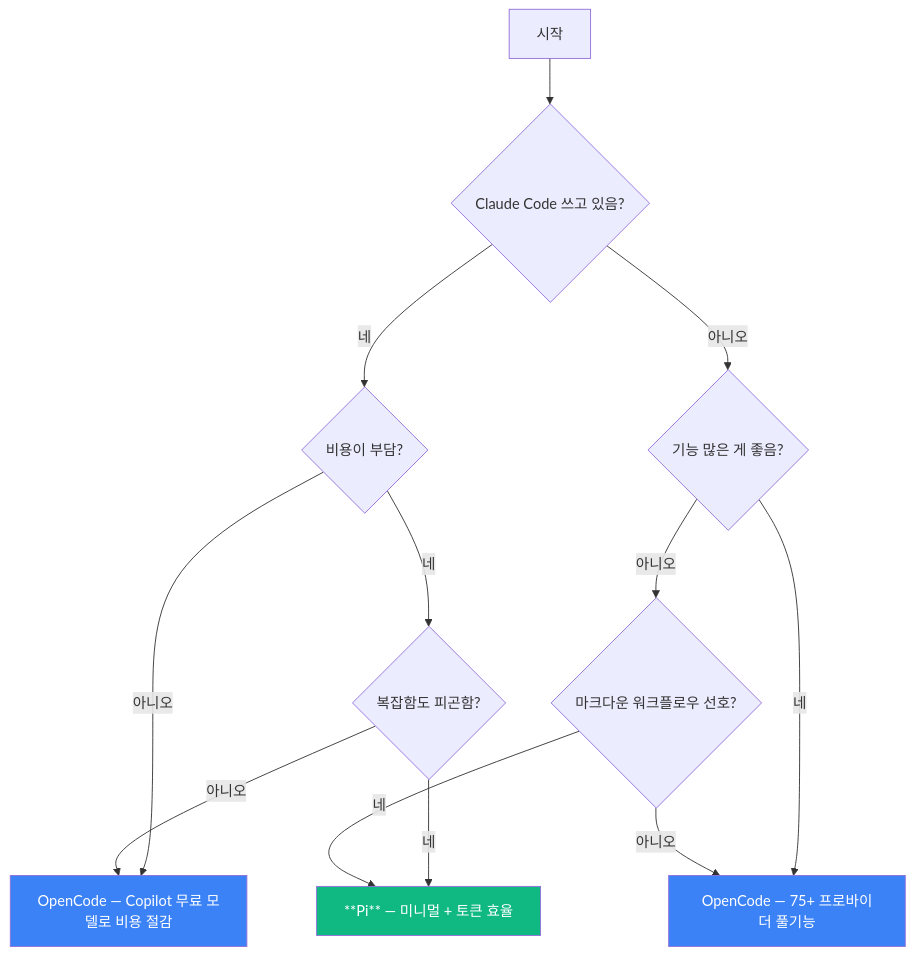
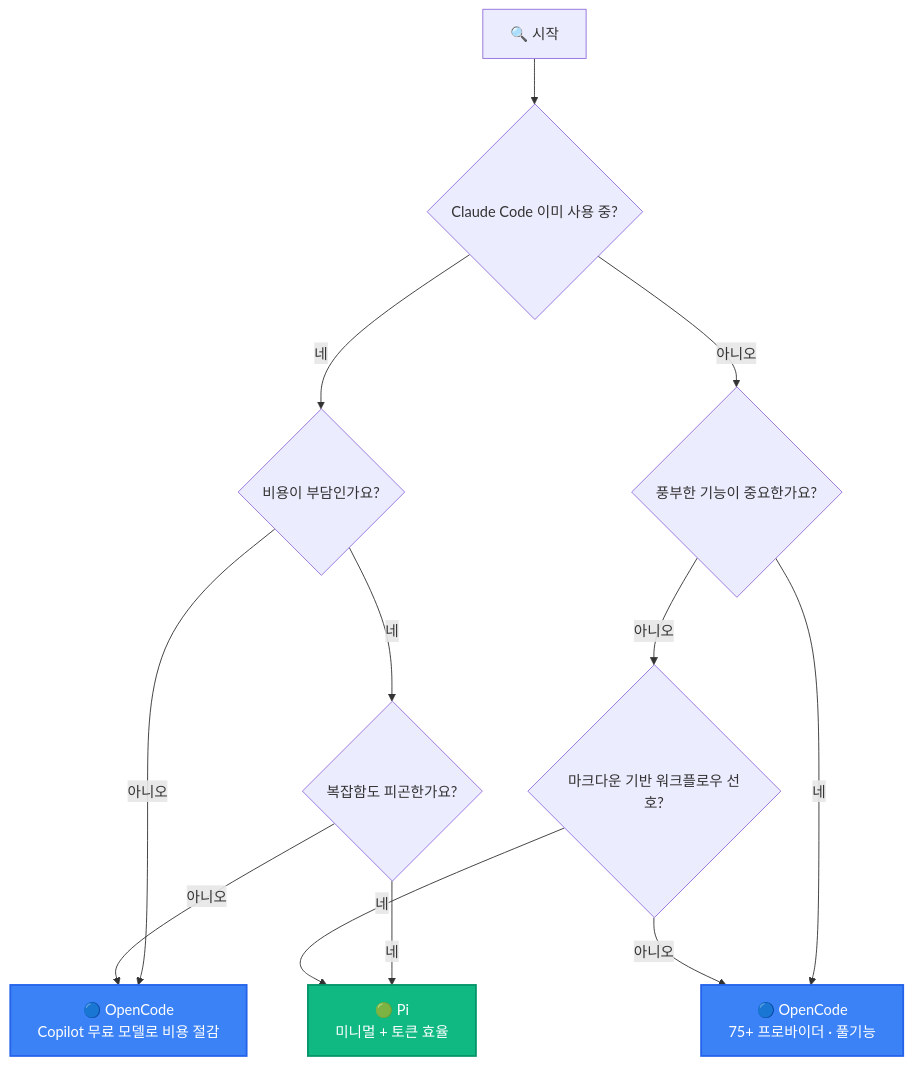
Before and after one commit to kji6252/kji6252.github.io: the diagram in _posts/2026-05-08-ai-coding-agents-comparison.md, drawn with Mermaid. The commit also changed 3 other files, not shown here.

First line of the commit message:
🔧 비디오 텍스트 가독성 개선 + Mermaid 플로우차트 보강

````diff
--- a/_posts/2026-05-08-ai-coding-agents-comparison.md
+++ b/_posts/2026-05-08-ai-coding-agents-comparison.md
@@ -87,17 +87,17 @@
 ```mermaid
 graph TD
-    A[시작] --> B{Claude Code 쓰고 있음?}
-    B -->|네| C{비용이 부담?}
-    B -->|아니오| D{기능 많은 게 좋음?}
-    C -->|네| E{복잡함도 피곤함?}
-    C -->|아니오| F[OpenCode — Copilot 무료 모델로 비용 절감]
-    E -->|네| G[**Pi** — 미니멀 + 토큰 효율]
-    E -->|아니오| F
-    D -->|네| H[OpenCode — 75+ 프로바이더 풀기능]
-    D -->|아니오| I{마크다운 워크플로우 선호?}
-    I -->|네| G
-    I -->|아니오| H
-    style G fill:#10b981,color:#fff
-    style F fill:#3b82f6,color:#fff
-    style H fill:#3b82f6,color:#fff
+    A["🔍 시작"] --> B{"Claude Code 이미 사용 중?"}
+    B -->|"네"| C{"비용이 부담인가요?"}
+    B -->|"아니오"| D{"풍부한 기능이 중요한가요?"}
+    C -->|"네"| E{"복잡함도 피곤한가요?"}
+    C -->|"아니오"| F["🔵 OpenCode<br/>Copilot 무료 모델로 비용 절감"]
+    E -->|"네"| G["🟢 Pi<br/>미니멀 + 토큰 효율"]
+    E -->|"아니오"| F
+    D -->|"네"| H["🔵 OpenCode<br/>75+ 프로바이더 · 풀기능"]
+    D -->|"아니오"| I{"마크다운 기반 워크플로우 선호?"}
+    I -->|"네"| G
+    I -->|"아니오"| H
+    style G fill:#10b981,color:#fff,stroke:#059669,stroke-width:2px
+    style F fill:#3b82f6,color:#fff,stroke:#2563eb,stroke-width:2px
+    style H fill:#3b82f6,color:#fff,stroke:#2563eb,stroke-width:2px
 ```
````
